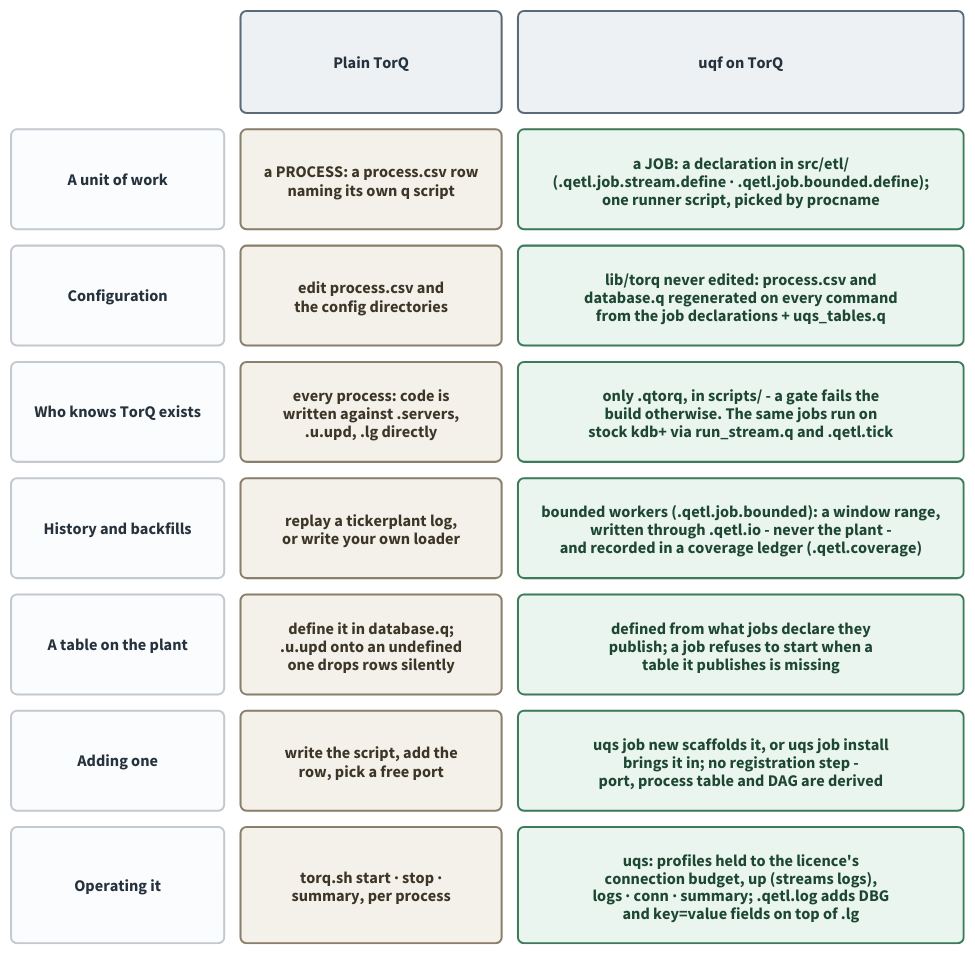
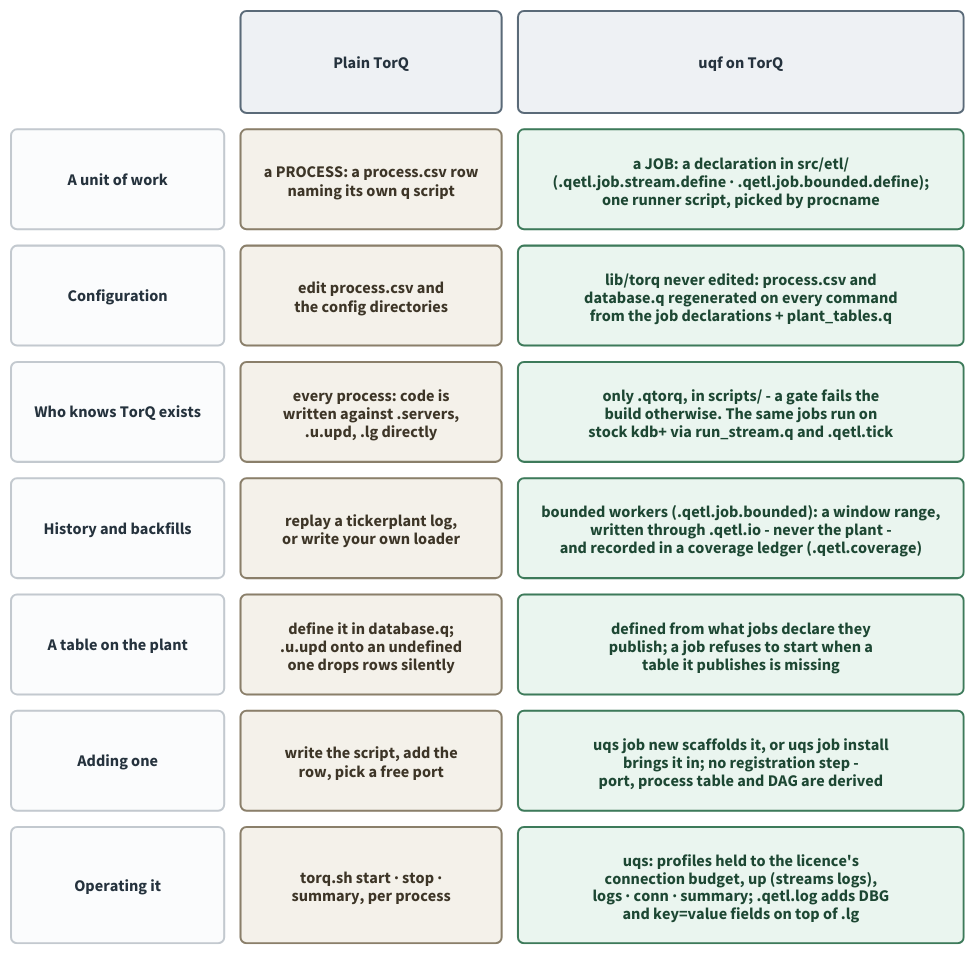
The diagram in docs/diagrams/torq-vs-uqf.d2 (kwojdalski/uqf), drawn with D2 before and after one commit. The commit also changed 68 other files, not shown here.

```diff
--- a/docs/diagrams/torq-vs-uqf.d2
+++ b/docs/diagrams/torq-vs-uqf.d2
@@ -1,103 +1,103 @@
 # torq-vs-uqf.d2 - what uqf changes about running TorQ, row by row.
 #
 # Rendered by scripts/generate/render_diagrams.py, which CI runs with
 # --check. Embedded from docs/presentation/uqf.qmd.
 #
 # WHAT THIS IS FOR. The one-slide answer to "how is this different from
 # TorQ": the same seven questions asked of a plain TorQ Finance Starter Pack
 # deployment and of uqf running on it. TorQ is not replaced - stp1, the
 # RDB/WDB/HDB, discovery and the gateway are TorQ's, unmodified - so every
 # row is about what sits AROUND those processes, not instead of them.
 #
 # Each uqf cell names the thing that implements it, so a reader can go and
 # open it. Each TorQ cell says what TorQ itself provides, checked against
 # lib/torq: a process is a process.csv row naming its own script under
 # ${KDBCODE}/processes/, and its log levels are ERROR/ERR/INF/WARN.
 #
 # ON COLOUR. The palette of repo-overview.d2: light fills with dark text in
 # both themes, since d2 applies explicit styles over a --dark-theme pairing
 # (d2lang/d2#831).
 
 grid-rows: 8
 grid-columns: 3
 grid-gap: 16
 
 vars: {
   d2-config: {
     pad: 40
   }
 }
 
 classes: {
   head: {
     style: {
       fill: "#eef1f4"
       stroke: "#5a6a78"
       font-color: "#25323d"
       border-radius: 6
       bold: true
     }
   }
   aspect: {
     style: {
       fill: "#fbfcfd"
       stroke: "#c3c9cf"
       font-color: "#25323d"
       border-radius: 6
       bold: true
     }
   }
   torq: {
     style: {
       fill: "#f4f1ea"
       stroke: "#8a7f6a"
       font-color: "#3d3527"
       border-radius: 6
     }
   }
   uqf: {
     style: {
       fill: "#eaf5ef"
       stroke: "#3d7a5a"
       font-color: "#1d4733"
       border-radius: 6
     }
   }
 }
 
 # LAYOUT. grid-rows comes before grid-columns on purpose: in d2 0.9.0 the
 # first one declared sets the fill direction, and with grid-columns alone
 # d2 balances column heights instead of aligning rows. So the grid fills
 # row by row, and each group of three below is one row.
 
 h0: "" { class: aspect; style.fill: transparent; style.stroke: transparent }
 h1: "Plain TorQ" { class: head }
 h2: "uqf on TorQ" { class: head }
 
 a1: "A unit of work" { class: aspect }
 t1: "a PROCESS: a process.csv row\nnaming its own q script" { class: torq }
 u1: "a JOB: a declaration in src/etl/\n(.qetl.job.stream.define · .qetl.job.bounded.define);\none runner script, picked by procname" { class: uqf }
 
 a2: "Configuration" { class: aspect }
 t2: "edit process.csv and\nthe config directories" { class: torq }
-u2: "lib/torq never edited: process.csv and\ndatabase.q regenerated on every command\nfrom the job declarations + uqs_tables.q" { class: uqf }
+u2: "lib/torq never edited: process.csv and\ndatabase.q regenerated on every command\nfrom the job declarations + plant_tables.q" { class: uqf }
 
 a3: "Who knows TorQ exists" { class: aspect }
 t3: "every process: code is\nwritten against .servers,\n.u.upd, .lg directly" { class: torq }
 u3: "only .qtorq, in scripts/ - a gate fails the\nbuild otherwise. The same jobs run on\nstock kdb+ via run_stream.q and .qetl.tick" { class: uqf }
 
 a4: "History and backfills" { class: aspect }
 t4: "replay a tickerplant log,\nor write your own loader" { class: torq }
 u4: "bounded workers (.qetl.job.bounded): a window range,\nwritten through .qetl.io - never the plant -\nand recorded in a coverage ledger (.qetl.coverage)" { class: uqf }
 
 a5: "A table on the plant" { class: aspect }
 t5: "define it in database.q;\n.u.upd onto an undefined\none drops rows silently" { class: torq }
 u5: "defined from what jobs declare they\npublish; a job refuses to start when a\ntable it publishes is missing" { class: uqf }
 
 a6: "Adding one" { class: aspect }
 t6: "write the script, add the\nrow, pick a free port" { class: torq }
 u6: "uqs job new scaffolds it, or uqs job install\nbrings it in; no registration step -\nport, process table and DAG are derived" { class: uqf }
 
 a7: "Operating it" { class: aspect }
 t7: "torq.sh start · stop ·\nsummary, per process" { class: torq }
 u7: "uqs: profiles held to the licence's\nconnection budget, up (streams logs),\nlogs · conn · summary; .qetl.log adds DBG\nand key=value fields on top of .lg" { class: uqf }
```
